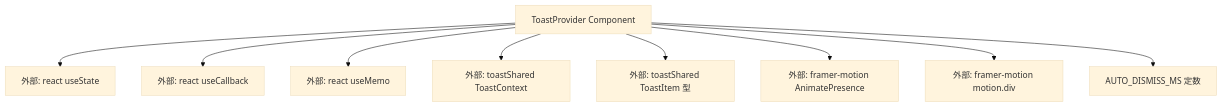
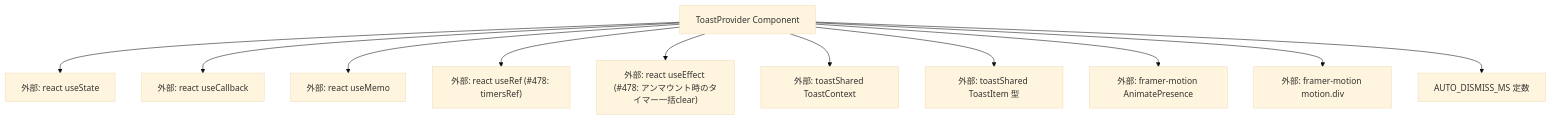
The second of 2 diagrams in docs/specifications/family-quest/src/context/ToastContext.md (mmtigers/my_python_project), drawn with Mermaid (base theme) before and after one commit. The commit also changed other lines of this file and 87 other files, not shown here.

````diff
--- a/docs/specifications/family-quest/src/context/ToastContext.md
+++ b/docs/specifications/family-quest/src/context/ToastContext.md
@@ -107,11 +119,13 @@
 ```mermaid
 graph TD
     ToastProvider["ToastProvider Component"] --> ReactUseState["外部: react useState"]
     ToastProvider --> ReactUseCallback["外部: react useCallback"]
     ToastProvider --> ReactUseMemo["外部: react useMemo"]
+    ToastProvider --> ReactUseRef["外部: react useRef (#478: timersRef)"]
+    ToastProvider --> ReactUseEffect["外部: react useEffect (#478: アンマウント時のタイマー一括clear)"]
     ToastProvider --> ToastContext["外部: toastShared ToastContext"]
     ToastProvider --> ToastItem["外部: toastShared ToastItem 型"]
     ToastProvider --> AnimatePresence["外部: framer-motion AnimatePresence"]
     ToastProvider --> motion["外部: framer-motion motion.div"]
     ToastProvider --> AUTO_DISMISS_MS["AUTO_DISMISS_MS 定数"]
 ```
````
